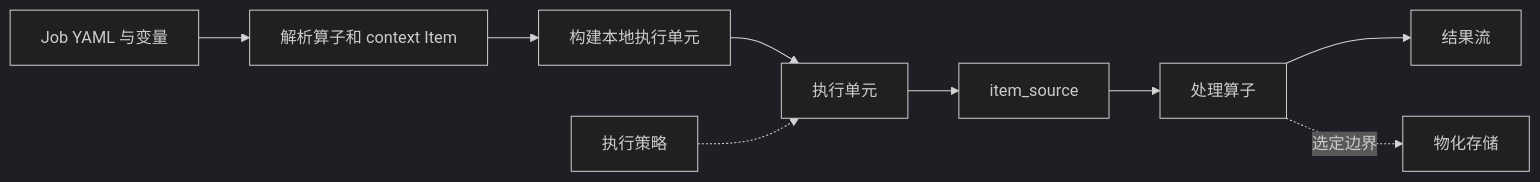
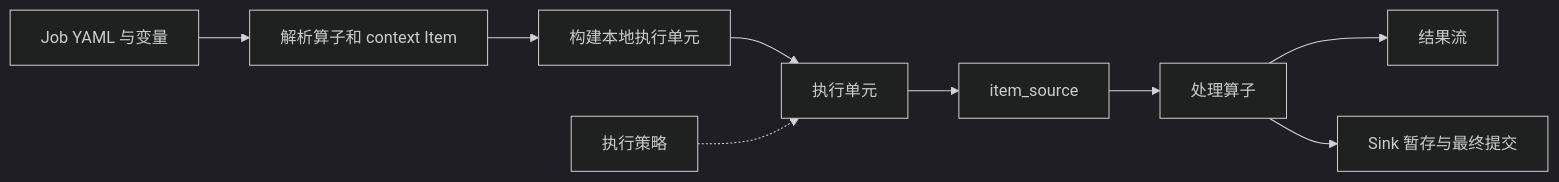
The diagram in docs/xstream_zh.md (rdcn-link/xstream-codex), drawn with Mermaid (dark theme) before and after one commit. The commit also changed other lines of this file and 184 other files, not shown here.

````diff
--- a/docs/xstream_zh.md
+++ b/docs/xstream_zh.md
@@ -105,9 +105,9 @@
 ```mermaid
 flowchart LR
   Job["Job YAML 与变量"] --> Resolve["解析算子和 context Item"]
   Resolve --> Plan["构建本地执行单元"]
   Plan --> Units["执行单元"]
   Units --> Source["item_source"] --> Process["处理算子"] --> Result["结果流"]
   Policy["执行策略"] -.-> Units
-  Process -. "选定边界" .-> Store["物化存储"]
+  Process --> Store["Sink 暂存与最终提交"]
 ```
````
